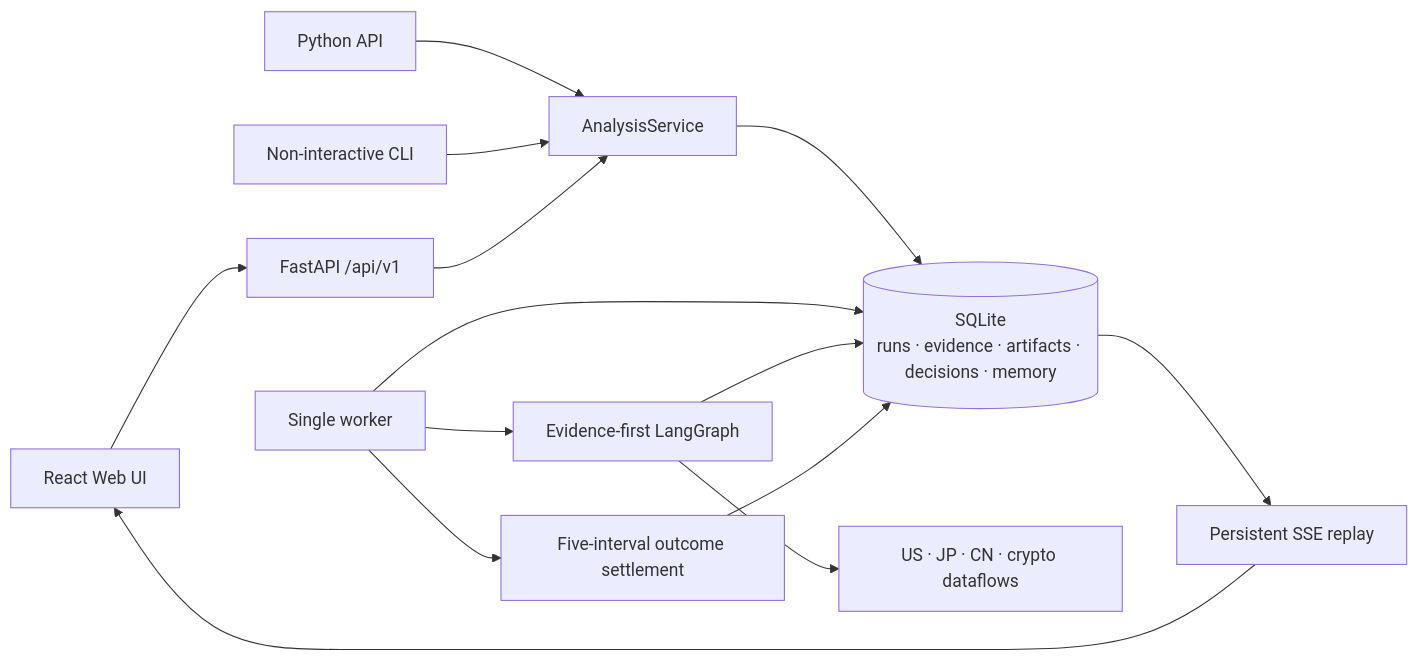
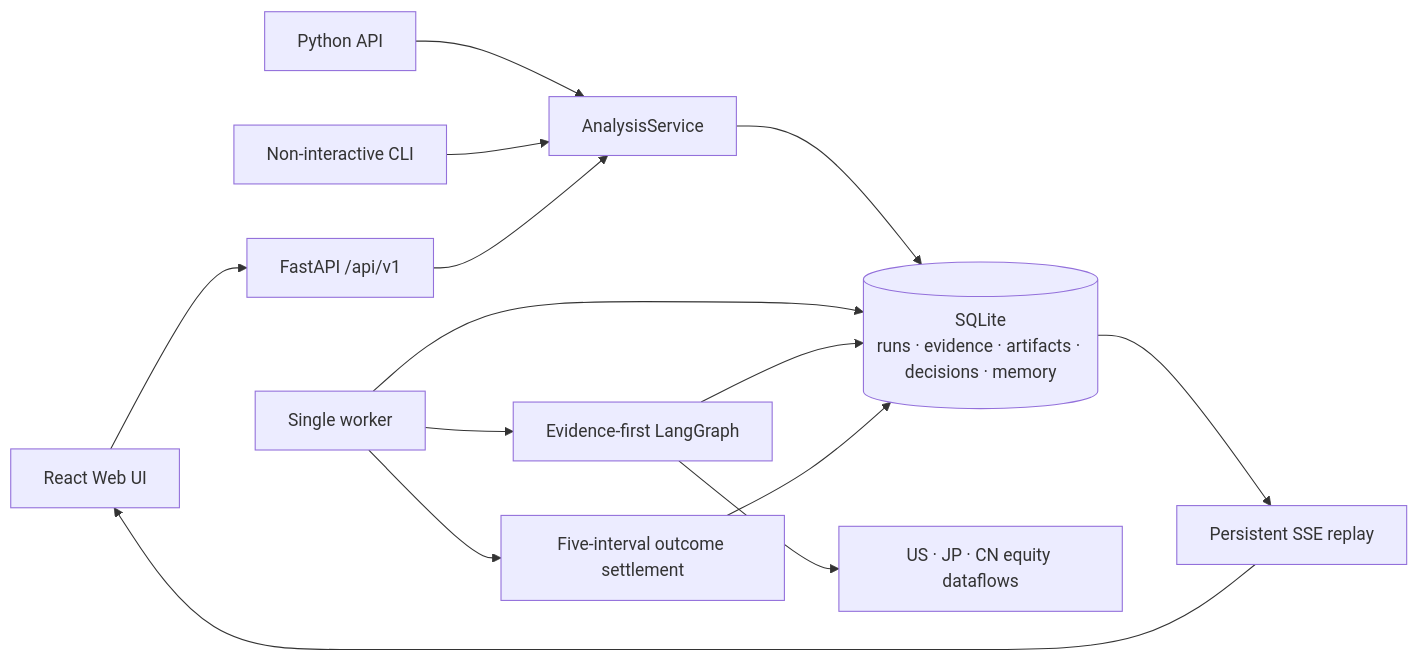
Before and after one commit to qingchiang/trading-agents-x: the diagram in README.md, drawn with Mermaid. The commit also changed other lines of this file and 36 other files, not shown here.

````diff
--- a/README.md
+++ b/README.md
@@ -155,16 +155,16 @@
 ```mermaid
 flowchart LR
     UI["React Web UI"] --> API["FastAPI /api/v1"]
     PY["Python API"] --> SVC["AnalysisService"]
     CLI["Non-interactive CLI"] --> SVC
     API --> SVC
     SVC --> DB[("SQLite<br/>runs · evidence · artifacts · decisions · memory")]
     WORKER["Single worker"] --> DB
     WORKER --> GRAPH["Evidence-first LangGraph"]
-    GRAPH --> DATA["US · JP · CN · crypto dataflows"]
+    GRAPH --> DATA["US · JP · CN equity dataflows"]
     GRAPH --> DB
     WORKER --> OUTCOME["Five-interval outcome settlement"]
     OUTCOME --> DB
     DB --> SSE["Persistent SSE replay"]
     SSE --> UI
 ```
````
